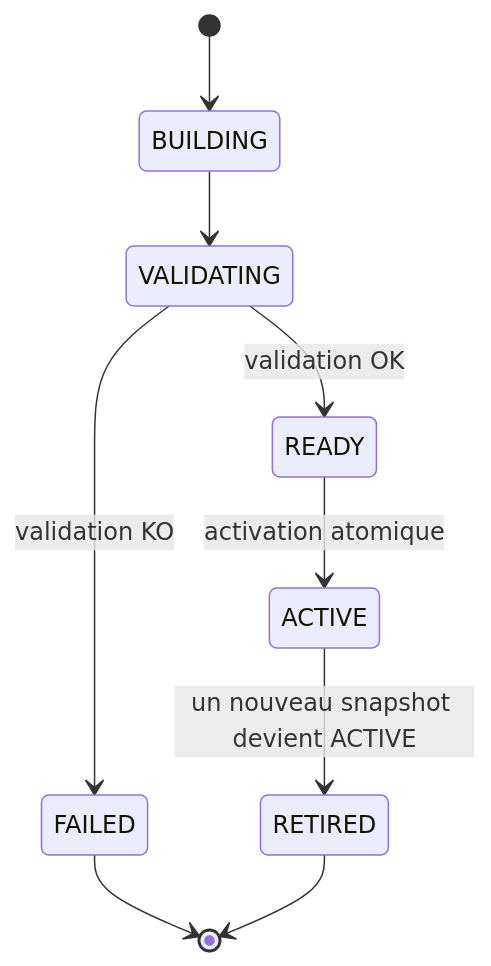
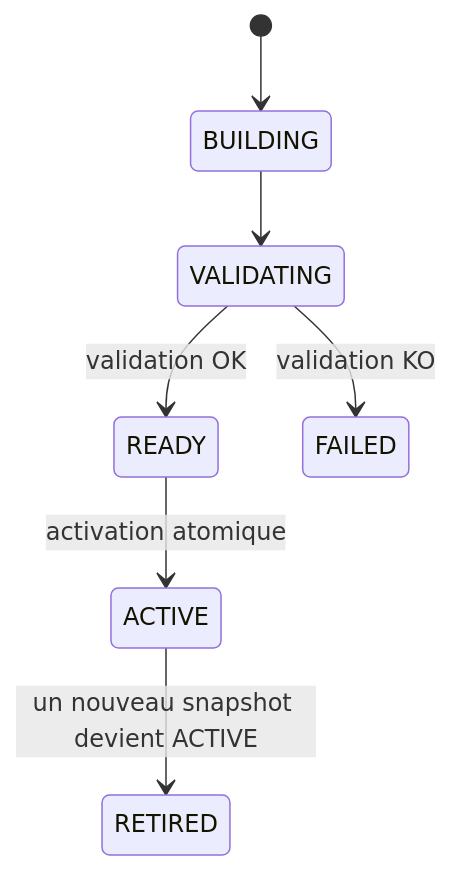
The second of 2 diagrams in docs/user/QUICKSTART.md (FTurleque/morpheus-engine), drawn with Mermaid before and after one commit. The commit also changed other lines of this file, not shown here.

````diff
--- a/docs/user/QUICKSTART.md
+++ b/docs/user/QUICKSTART.md
@@ -103,11 +95,9 @@
 ```mermaid
 stateDiagram-v2
     [*] --> BUILDING
     BUILDING --> VALIDATING
     VALIDATING --> READY: validation OK
     VALIDATING --> FAILED: validation KO
     READY --> ACTIVE: activation atomique
     ACTIVE --> RETIRED: un nouveau snapshot devient ACTIVE
-    FAILED --> [*]
-    RETIRED --> [*]
 ```
````
